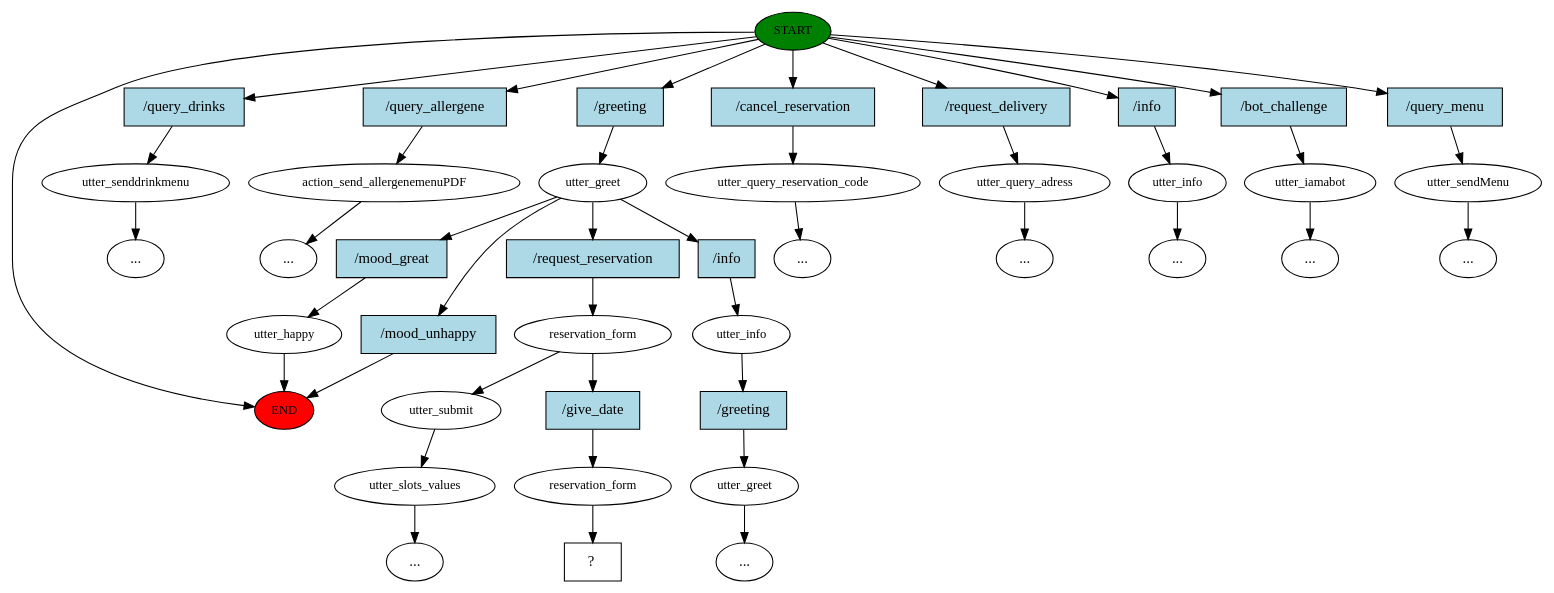
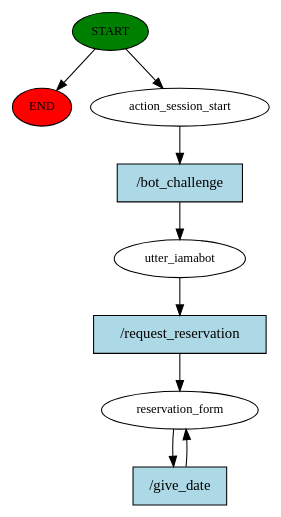
Before and after one commit to flx3ntrup/kpis_project: the diagram in story_graph.dot, drawn with Graphviz. The commit also changed 24 other files, not shown here.

```diff
--- a/story_graph.dot
+++ b/story_graph.dot
@@ -1,85 +1,18 @@
 digraph  {
 0 [class="start active", fillcolor=green, fontsize=12, label=START, style=filled];
 "-1" [class=end, fillcolor=red, fontsize=12, label=END, style=filled];
-1 [class="", fontsize=12, label=utter_senddrinkmenu];
-"-3" [class=ellipsis, label="..."];
-2 [class="", fontsize=12, label=action_send_allergenemenuPDF];
-"-4" [class=ellipsis, label="..."];
-3 [class=active, fontsize=12, label=utter_greet];
-4 [class=active, fontsize=12, label=reservation_form];
-5 [class="", fontsize=12, label=utter_submit];
-6 [class="", fontsize=12, label=utter_slots_values];
-"-5" [class=ellipsis, label="..."];
-7 [class="", fontsize=12, label=utter_query_reservation_code];
-"-6" [class=ellipsis, label="..."];
-8 [class="", fontsize=12, label=utter_query_adress];
-"-8" [class=ellipsis, label="..."];
-10 [class="", fontsize=12, label=utter_info];
-"-9" [class=ellipsis, label="..."];
-11 [class="", fontsize=12, label=utter_iamabot];
-"-10" [class=ellipsis, label="..."];
-13 [class="", fontsize=12, label=utter_happy];
-15 [class="", fontsize=12, label=utter_sendMenu];
-"-11" [class=ellipsis, label="..."];
-17 [class="", fontsize=12, label=utter_info];
-18 [class="", fontsize=12, label=utter_greet];
-"-12" [class=ellipsis, label="..."];
-21 [class=active, fontsize=12, label=reservation_form];
-22 [class="intent dashed active", label="  ?  ", shape=rect];
-23 [class=intent, fillcolor=lightblue, label="/query_drinks", shape=rect, style=filled];
-24 [class=intent, fillcolor=lightblue, label="/query_allergene", shape=rect, style=filled];
-25 [class="intent active", fillcolor=lightblue, label="/greeting", shape=rect, style=filled];
-26 [class=intent, fillcolor=lightblue, label="/cancel_reservation", shape=rect, style=filled];
-27 [class=intent, fillcolor=lightblue, label="/request_delivery", shape=rect, style=filled];
-28 [class=intent, fillcolor=lightblue, label="/info", shape=rect, style=filled];
-29 [class=intent, fillcolor=lightblue, label="/bot_challenge", shape=rect, style=filled];
-30 [class=intent, fillcolor=lightblue, label="/query_menu", shape=rect, style=filled];
-31 [class="intent active", fillcolor=lightblue, label="/request_reservation", shape=rect, style=filled];
-32 [class=intent, fillcolor=lightblue, label="/mood_great", shape=rect, style=filled];
-33 [class=intent, fillcolor=lightblue, label="/mood_unhappy", shape=rect, style=filled];
-34 [class=intent, fillcolor=lightblue, label="/info", shape=rect, style=filled];
-35 [class="intent active", fillcolor=lightblue, label="/give_date", shape=rect, style=filled];
-36 [class=intent, fillcolor=lightblue, label="/greeting", shape=rect, style=filled];
+1 [class=active, fontsize=12, label=action_session_start];
+2 [class=active, fontsize=12, label=utter_iamabot];
+3 [class="active dashed", fontsize=12, label=reservation_form];
+5 [class="intent active", fillcolor=lightblue, label="/bot_challenge", shape=rect, style=filled];
+6 [class="intent active", fillcolor=lightblue, label="/request_reservation", shape=rect, style=filled];
+7 [class="intent active", fillcolor=lightblue, label="/give_date", shape=rect, style=filled];
 0 -> "-1"  [class="", key=NONE, label=""];
-0 -> 23  [class="", key=0];
-0 -> 24  [class="", key=0];
-0 -> 25  [class=active, key=0];
-0 -> 26  [class="", key=0];
-0 -> 27  [class="", key=0];
-0 -> 28  [class="", key=0];
-0 -> 29  [class="", key=0];
-0 -> 30  [class="", key=0];
-1 -> "-3"  [class="", key=NONE, label=""];
-2 -> "-4"  [class="", key=NONE, label=""];
-3 -> 31  [class=active, key=0];
-3 -> 32  [class="", key=0];
-3 -> 33  [class="", key=0];
-3 -> 34  [class="", key=0];
-4 -> 5  [class="", key=NONE, label=""];
-4 -> 35  [class=active, key=0];
-5 -> 6  [class="", key=NONE, label=""];
-6 -> "-5"  [class="", key=NONE, label=""];
-7 -> "-6"  [class="", key=NONE, label=""];
-8 -> "-8"  [class="", key=NONE, label=""];
-10 -> "-9"  [class="", key=NONE, label=""];
-11 -> "-10"  [class="", key=NONE, label=""];
-13 -> "-1"  [class="", key=NONE, label=""];
-15 -> "-11"  [class="", key=NONE, label=""];
-17 -> 36  [class="", key=0];
-18 -> "-12"  [class="", key=NONE, label=""];
-21 -> 22  [class=active, key=NONE, label=""];
-23 -> 1  [class="", key=0];
-24 -> 2  [class="", key=0];
-25 -> 3  [class=active, key=0];
-26 -> 7  [class="", key=0];
-27 -> 8  [class="", key=0];
-28 -> 10  [class="", key=0];
-29 -> 11  [class="", key=0];
-30 -> 15  [class="", key=0];
-31 -> 4  [class=active, key=0];
-32 -> 13  [class="", key=0];
-33 -> "-1"  [class="", key=0];
-34 -> 17  [class="", key=0];
-35 -> 21  [class=active, key=0];
-36 -> 18  [class="", key=0];
+0 -> 1  [class=active, key=NONE, label=""];
+1 -> 5  [class=active, key=0];
+2 -> 6  [class=active, key=0];
+3 -> 7  [class=active, key=0];
+5 -> 2  [class=active, key=0];
+6 -> 3  [class=active, key=0];
+7 -> 3  [class=active, key=0];
 }
```
